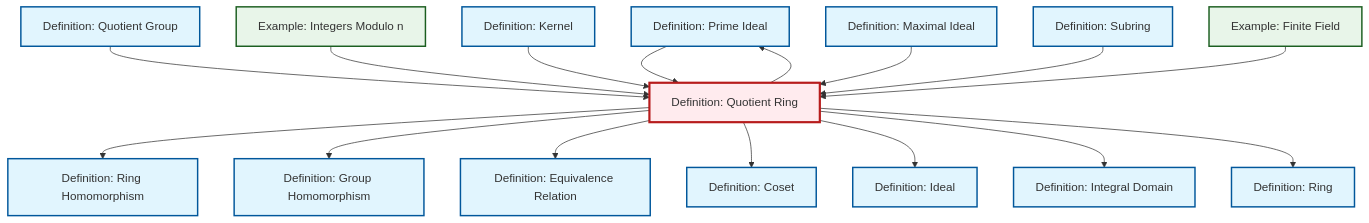
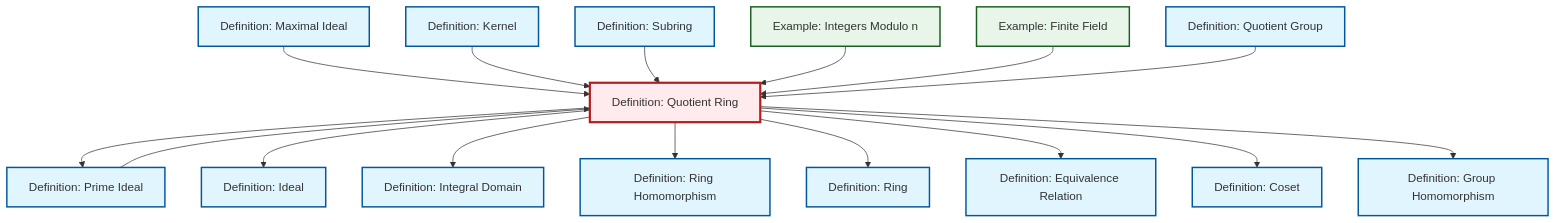
One commit to RK0429/ModernMath changed the diagram in content/en/algebra/def-quotient-ring.qmd. Above: the diagram before and after it, drawn with Mermaid. The commit also changed other lines of this file and 1012 other files, not shown here.

````diff
--- a/content/en/algebra/def-quotient-ring.qmd
+++ b/content/en/algebra/def-quotient-ring.qmd
@@ -97,54 +97,54 @@
 ```{mermaid}
 %%| fig-cap: "Local dependency graph"
 graph TD
     classDef definition fill:#e1f5fe,stroke:#01579b,stroke-width:2px
     classDef theorem fill:#f3e5f5,stroke:#4a148c,stroke-width:2px
     classDef axiom fill:#fff3e0,stroke:#e65100,stroke-width:2px
     classDef example fill:#e8f5e9,stroke:#1b5e20,stroke-width:2px
     classDef current fill:#ffebee,stroke:#b71c1c,stroke-width:3px
+    def-kernel["Definition: Kernel"]:::definition
+    def-ring["Definition: Ring"]:::definition
+    def-ring-homomorphism["Definition: Ring Homomorphism"]:::definition
+    def-homomorphism["Definition: Group Homomorphism"]:::definition
+    def-subring["Definition: Subring"]:::definition
+    def-maximal-ideal["Definition: Maximal Ideal"]:::definition
+    ex-finite-field["Example: Finite Field"]:::example
     def-prime-ideal["Definition: Prime Ideal"]:::definition
-    def-ideal["Definition: Ideal"]:::definition
-    def-maximal-ideal["Definition: Maximal Ideal"]:::definition
+    def-quotient-group["Definition: Quotient Group"]:::definition
+    def-equivalence-relation["Definition: Equivalence Relation"]:::definition
+    def-coset["Definition: Coset"]:::definition
     def-quotient-ring["Definition: Quotient Ring"]:::definition
     def-integral-domain["Definition: Integral Domain"]:::definition
-    def-ring["Definition: Ring"]:::definition
-    def-ring-homomorphism["Definition: Ring Homomorphism"]:::definition
-    def-quotient-group["Definition: Quotient Group"]:::definition
+    def-ideal["Definition: Ideal"]:::definition
     ex-quotient-integers-mod-n["Example: Integers Modulo n"]:::example
-    def-homomorphism["Definition: Group Homomorphism"]:::definition
-    def-subring["Definition: Subring"]:::definition
-    def-coset["Definition: Coset"]:::definition
-    def-equivalence-relation["Definition: Equivalence Relation"]:::definition
-    def-kernel["Definition: Kernel"]:::definition
-    ex-finite-field["Example: Finite Field"]:::example
-    def-prime-ideal --> def-quotient-ring
+    def-quotient-ring --> def-prime-ideal
+    def-quotient-ring --> def-ideal
+    def-quotient-ring --> def-integral-domain
     def-quotient-ring --> def-ring-homomorphism
-    def-quotient-ring --> def-homomorphism
+    def-quotient-ring --> def-ring
+    def-maximal-ideal --> def-quotient-ring
     def-quotient-ring --> def-equivalence-relation
     def-quotient-ring --> def-coset
-    def-quotient-ring --> def-prime-ideal
-    def-quotient-ring --> def-ideal
+    def-kernel --> def-quotient-ring
+    def-prime-ideal --> def-quotient-ring
+    def-subring --> def-quotient-ring
+    ex-quotient-integers-mod-n --> def-quotient-ring
+    def-quotient-ring --> def-homomorphism
+    ex-finite-field --> def-quotient-ring
     def-quotient-group --> def-quotient-ring
-    ex-quotient-integers-mod-n --> def-quotient-ring
-    def-kernel --> def-quotient-ring
-    def-maximal-ideal --> def-quotient-ring
-    def-subring --> def-quotient-ring
-    def-quotient-ring --> def-integral-domain
-    ex-finite-field --> def-quotient-ring
-    def-quotient-ring --> def-ring
     class def-quotient-ring current
-    click def-prime-ideal "def-prime-ideal.html" "Go to Prime Ideal definition"
-    click def-ideal "def-ideal.html" "Go to Ideal definition"
-    click def-maximal-ideal "def-maximal-ideal.html" "Go to Maximal Ideal definition"
-    click def-integral-domain "def-integral-domain.html" "Go to Integral Domain definition"
+    click def-kernel "def-kernel.html" "Go to Kernel definition"
     click def-ring "def-ring.html" "Go to Ring definition"
     click def-ring-homomorphism "def-ring-homomorphism.html" "Go to Ring Homomorphism definition"
-    click def-quotient-group "def-quotient-group.html" "Go to Quotient Group definition"
-    click ex-quotient-integers-mod-n "ex-quotient-integers-mod-n.html" "Go to Integers Modulo n example"
     click def-homomorphism "def-homomorphism.html" "Go to Group Homomorphism definition"
     click def-subring "def-subring.html" "Go to Subring definition"
+    click def-maximal-ideal "def-maximal-ideal.html" "Go to Maximal Ideal definition"
+    click ex-finite-field "ex-finite-field.html" "Go to Finite Field example"
+    click def-prime-ideal "def-prime-ideal.html" "Go to Prime Ideal definition"
+    click def-quotient-group "def-quotient-group.html" "Go to Quotient Group definition"
+    click def-equivalence-relation "def-equivalence-relation.html" "Go to Equivalence Relation definition"
     click def-coset "def-coset.html" "Go to Coset definition"
-    click def-equivalence-relation "def-equivalence-relation.html" "Go to Equivalence Relation definition"
-    click def-kernel "def-kernel.html" "Go to Kernel definition"
-    click ex-finite-field "ex-finite-field.html" "Go to Finite Field example"
+    click def-integral-domain "def-integral-domain.html" "Go to Integral Domain definition"
+    click def-ideal "def-ideal.html" "Go to Ideal definition"
+    click ex-quotient-integers-mod-n "ex-quotient-integers-mod-n.html" "Go to Integers Modulo n example"
 ```
````
